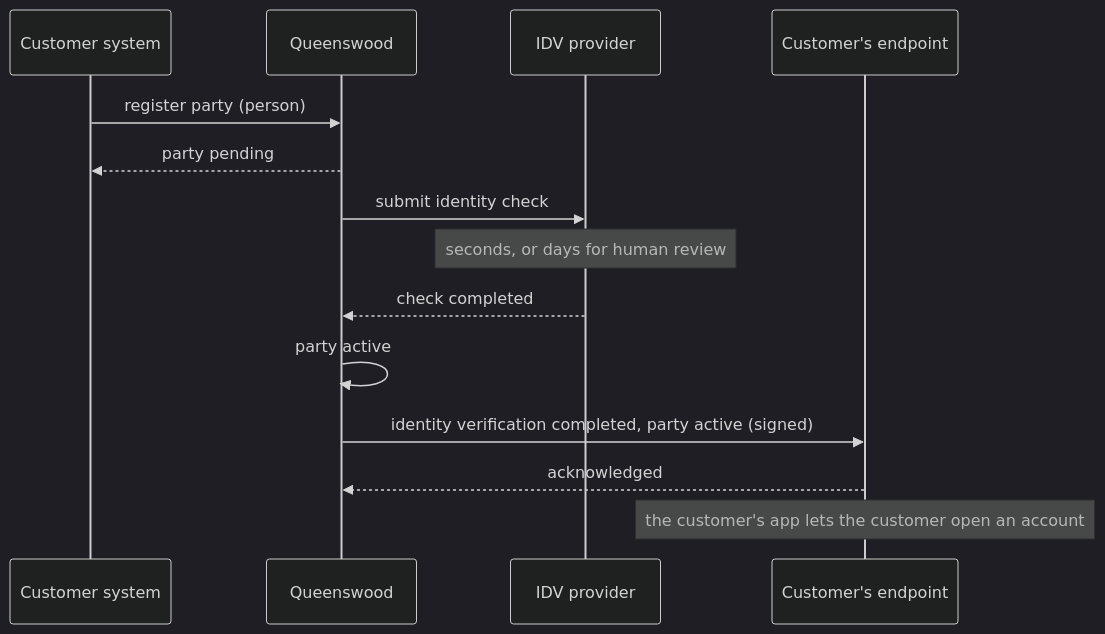
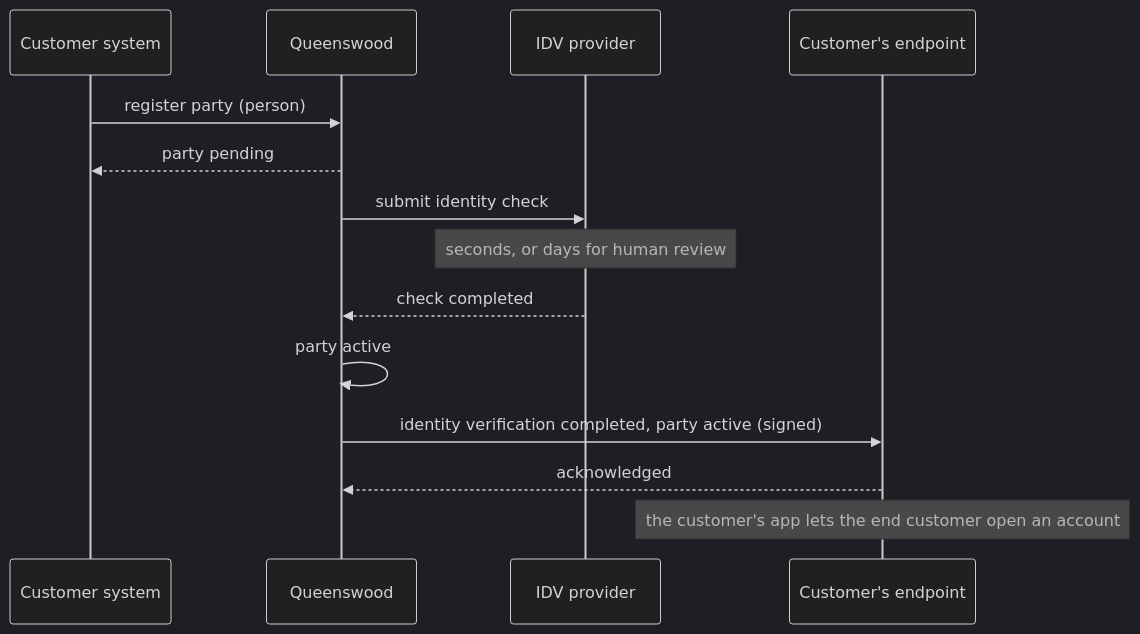
Before and after one commit to repldriven/queenswood: the fourth of 4 diagrams in docs/prd/webhooks.md, drawn with Mermaid (dark theme). The commit also changed other lines of this file and 11 other files, not shown here.

````diff
--- a/docs/prd/webhooks.md
+++ b/docs/prd/webhooks.md
@@ -338,17 +338,17 @@
 ```mermaid
 sequenceDiagram
     participant T as Customer system
     participant Q as Queenswood
     participant I as IDV provider
     participant E as Customer's endpoint
 
     T->>Q: register party (person)
     Q-->>T: party pending
     Q->>I: submit identity check
     Note over I: seconds, or days for human review
     I-->>Q: check completed
     Q->>Q: party active
     Q->>E: identity verification completed, party active (signed)
     E-->>Q: acknowledged
-    Note over E: the customer's app lets the customer open an account
+    Note over E: the customer's app lets the end customer open an account
 ```
````
